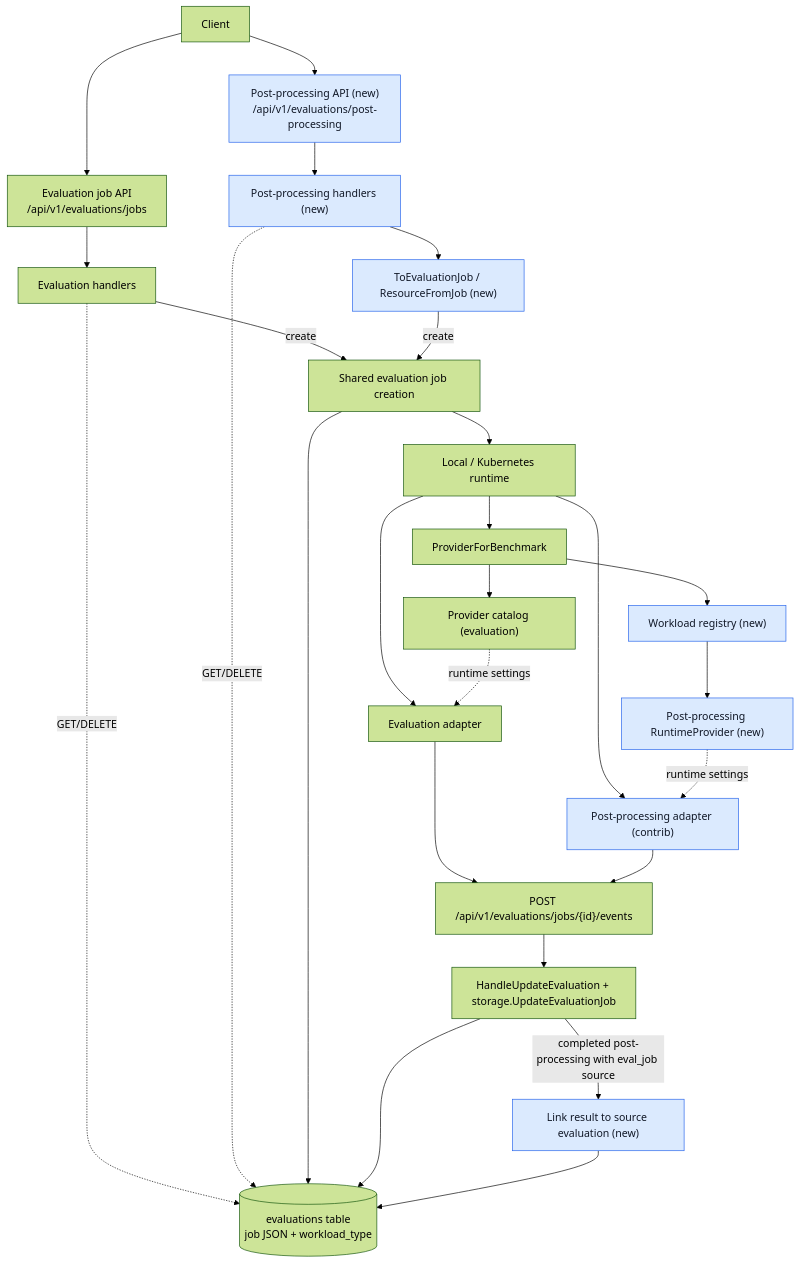
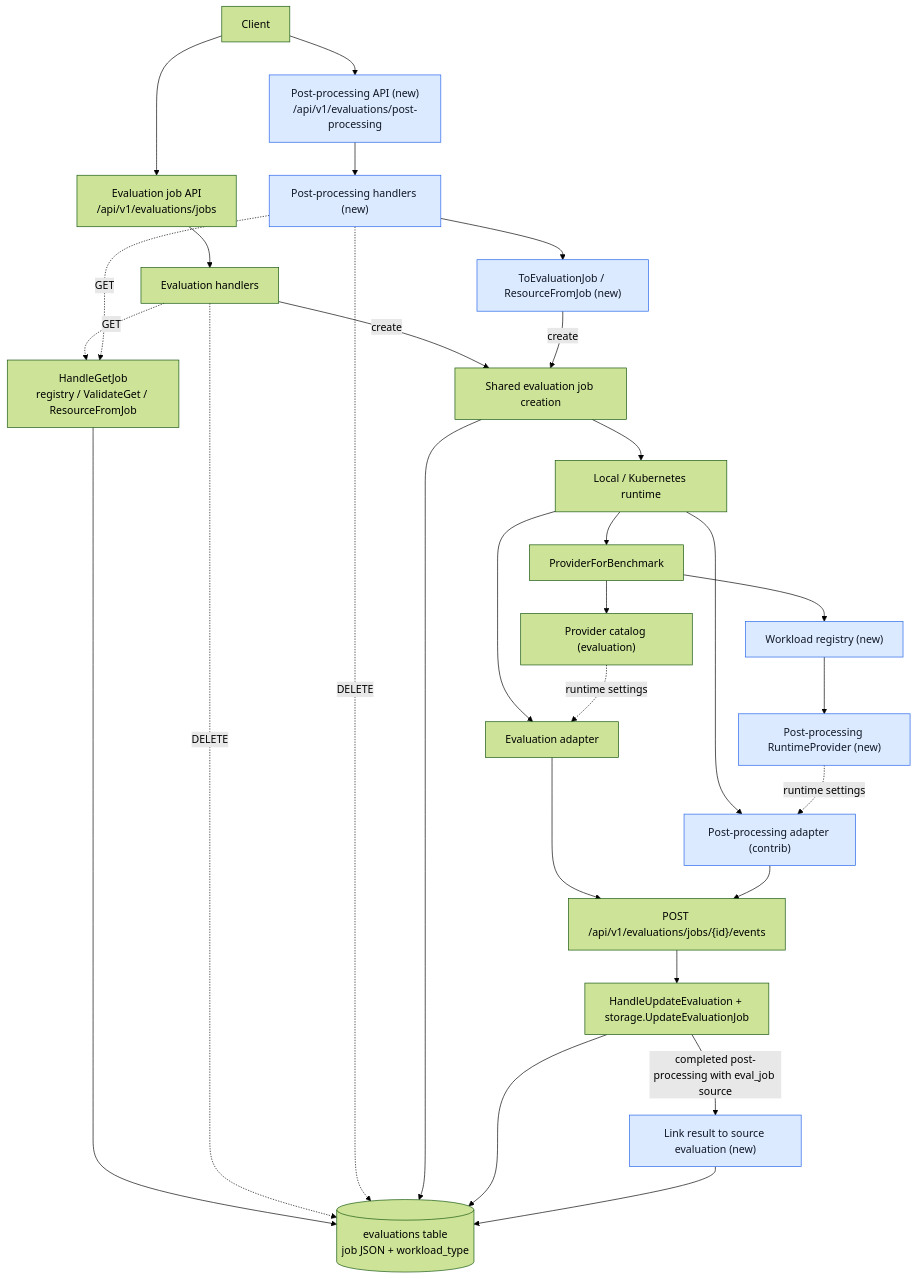
One commit to eval-hub/eval-hub changed the first of 2 diagrams in ARCHITECTURE.md. Above: the diagram before and after it, drawn with Mermaid (forest theme). The commit also changed other lines of this file and 18 other files, not shown here.

````diff
--- a/ARCHITECTURE.md
+++ b/ARCHITECTURE.md
@@ -73,30 +77,33 @@
 ```mermaid
 flowchart TB
     client[Client] --> evalAPI["Evaluation job API<br/>/api/v1/evaluations/jobs"]
     client --> ppAPI["Post-processing API (new)<br/>/api/v1/evaluations/post-processing"]
     evalAPI --> evalHandlers["Evaluation handlers"]
     ppAPI --> ppHandlers["Post-processing handlers (new)"]
     evalHandlers -- create --> create["Shared evaluation job creation"]
     ppHandlers --> ppMapping["ToEvaluationJob / ResourceFromJob (new)"]
     ppMapping -- create --> create
-    evalHandlers -. GET/DELETE .-> db[("evaluations table<br/>job JSON + workload_type")]
-    ppHandlers -. GET/DELETE .-> db
+    evalHandlers -. GET .-> get["HandleGetJob<br/>registry / ValidateGet / ResourceFromJob"]
+    ppHandlers -. GET .-> get
+    get --> db[("evaluations table<br/>job JSON + workload_type")]
+    evalHandlers -. DELETE .-> db
+    ppHandlers -. DELETE .-> db
     create --> db
     create --> runtime["Local / Kubernetes runtime"]
     runtime --> resolver["ProviderForBenchmark"]
     resolver --> catalog["Provider catalog (evaluation)"]
     resolver --> registry["Workload registry (new)"]
     registry --> ppProvider["Post-processing RuntimeProvider (new)"]
     runtime --> evalAdapter["Evaluation adapter"]
     runtime --> ppAdapter["Post-processing adapter (contrib)"]
     catalog -. runtime settings .-> evalAdapter
     ppProvider -. runtime settings .-> ppAdapter
     evalAdapter --> events["POST /api/v1/evaluations/jobs/{id}/events"]
     ppAdapter --> events
     events --> update["HandleUpdateEvaluation + storage.UpdateEvaluationJob"]
     update --> db
     update -- "completed post-processing with eval_job source" --> link["Link result to source evaluation (new)"]
     link --> db
     classDef ppNew fill:#dbeafe,stroke:#2563eb,color:#111827;
     class ppAPI,ppHandlers,ppMapping,registry,ppProvider,ppAdapter,link ppNew;
 ```
````
